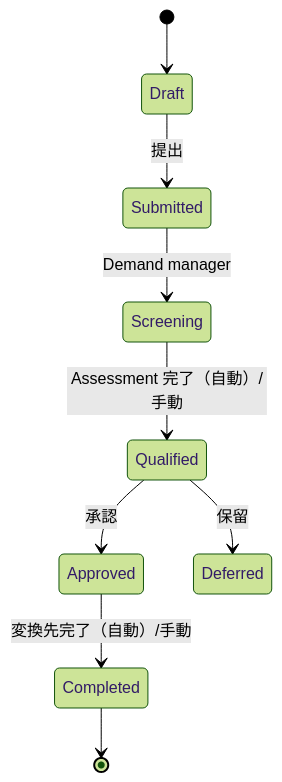
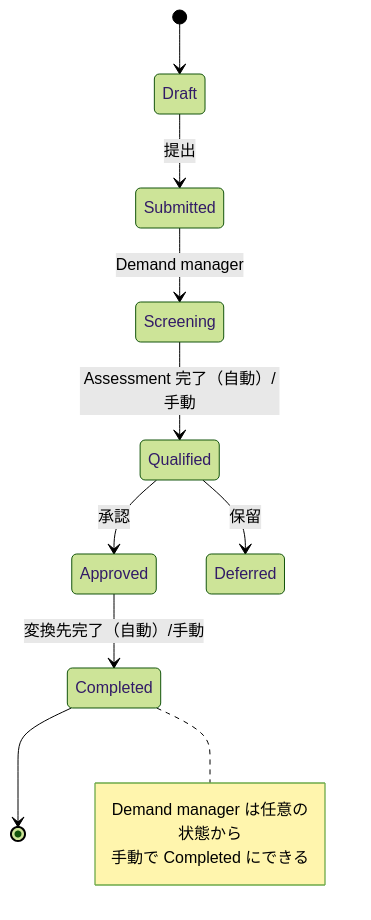
Before and after one commit to hidefumiagata/platform-doc: the third of 4 diagrams in ServiceNow/02_リファレンス/spm/strategic-portfolio-management.md, drawn with Mermaid (forest theme). The commit also changed other lines of this file and 346 other files, not shown here.

````diff
--- a/ServiceNow/02_リファレンス/spm/strategic-portfolio-management.md
+++ b/ServiceNow/02_リファレンス/spm/strategic-portfolio-management.md
@@ -431,11 +455,15 @@
 ```mermaid
 stateDiagram-v2
   [*] --> Draft
   Draft --> Submitted: 提出
   Submitted --> Screening: Demand manager
   Screening --> Qualified: Assessment 完了（自動）/手動
   Qualified --> Approved: 承認
   Qualified --> Deferred: 保留
   Approved --> Completed: 変換先完了（自動）/手動
   Completed --> [*]
+  note right of Completed
+    Demand manager は任意の状態から
+    手動で Completed にできる
+  end note
 ```
````
